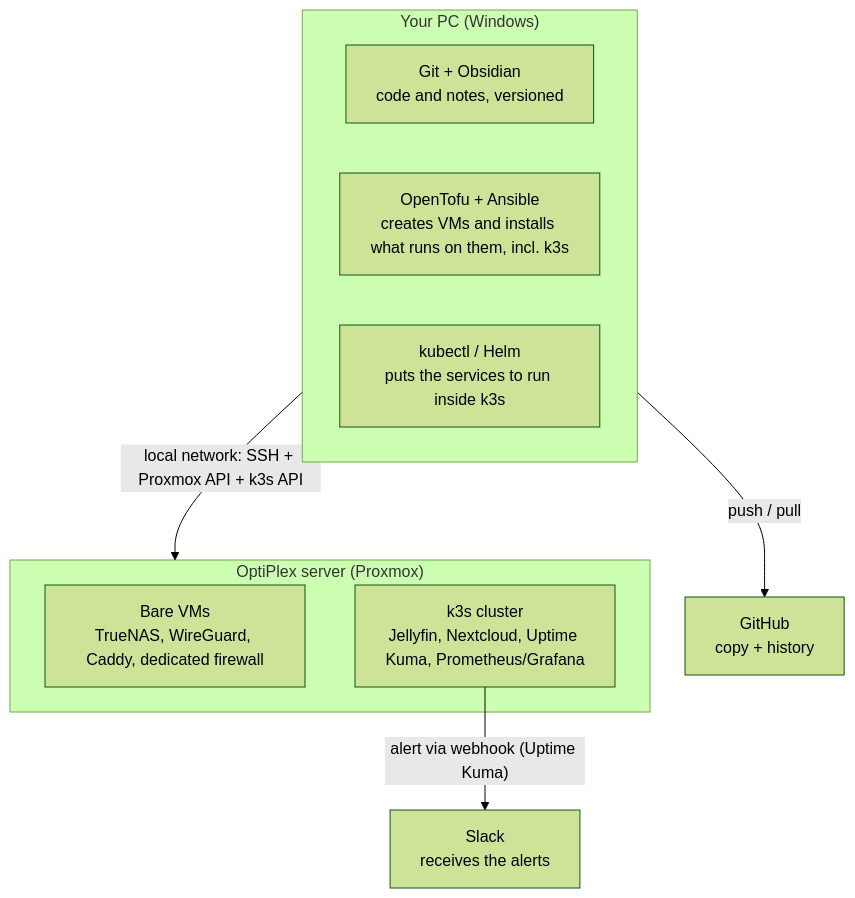
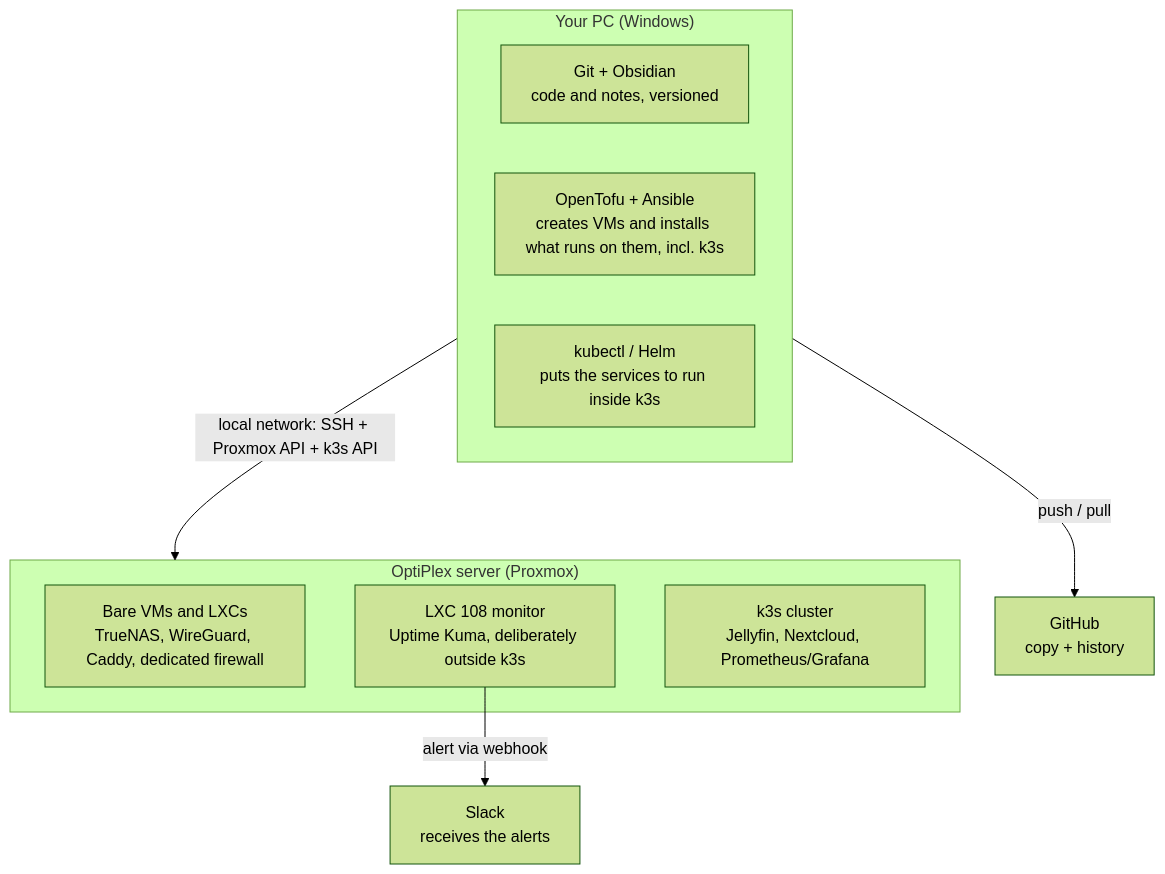
Before and after one commit to RuiGRMargarido/homelab: the diagram in docs/WORKFLOW.md, drawn with Mermaid (forest theme). The commit also changed other lines of this file and 2 other files, not shown here.

````diff
--- a/docs/WORKFLOW.md
+++ b/docs/WORKFLOW.md
@@ -10,21 +10,22 @@
 ```mermaid
 graph TB
     GH[GitHub<br/>copy + history]
 
     subgraph PC["Your PC (Windows)"]
         GO["Git + Obsidian<br/>code and notes, versioned"]
         TA["OpenTofu + Ansible<br/>creates VMs and installs what runs on them, incl. k3s"]
         KH["kubectl / Helm<br/>puts the services to run inside k3s"]
     end
 
     subgraph OP["OptiPlex server (Proxmox)"]
-        PVM["Bare VMs<br/>TrueNAS, WireGuard, Caddy, dedicated firewall"]
-        K3S["k3s cluster<br/>Jellyfin, Nextcloud, Uptime Kuma, Prometheus/Grafana"]
+        PVM["Bare VMs and LXCs<br/>TrueNAS, WireGuard, Caddy, dedicated firewall"]
+        UK["LXC 108 monitor<br/>Uptime Kuma, deliberately outside k3s"]
+        K3S["k3s cluster<br/>Jellyfin, Nextcloud, Prometheus/Grafana"]
     end
 
     SL[Slack<br/>receives the alerts]
 
     PC -- "push / pull" --> GH
     PC -- "local network: SSH + Proxmox API + k3s API" --> OP
-    K3S -- "alert via webhook (Uptime Kuma)" --> SL
+    UK -- "alert via webhook" --> SL
 ```
````
